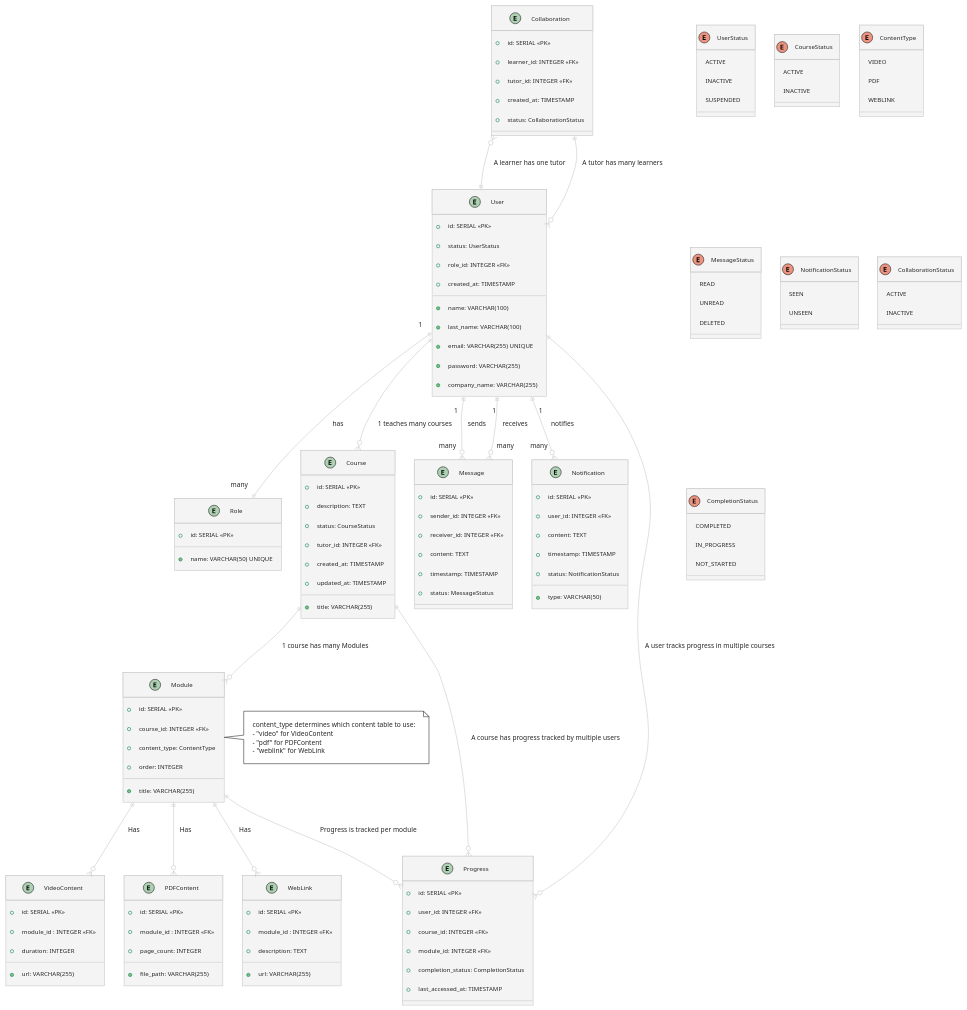
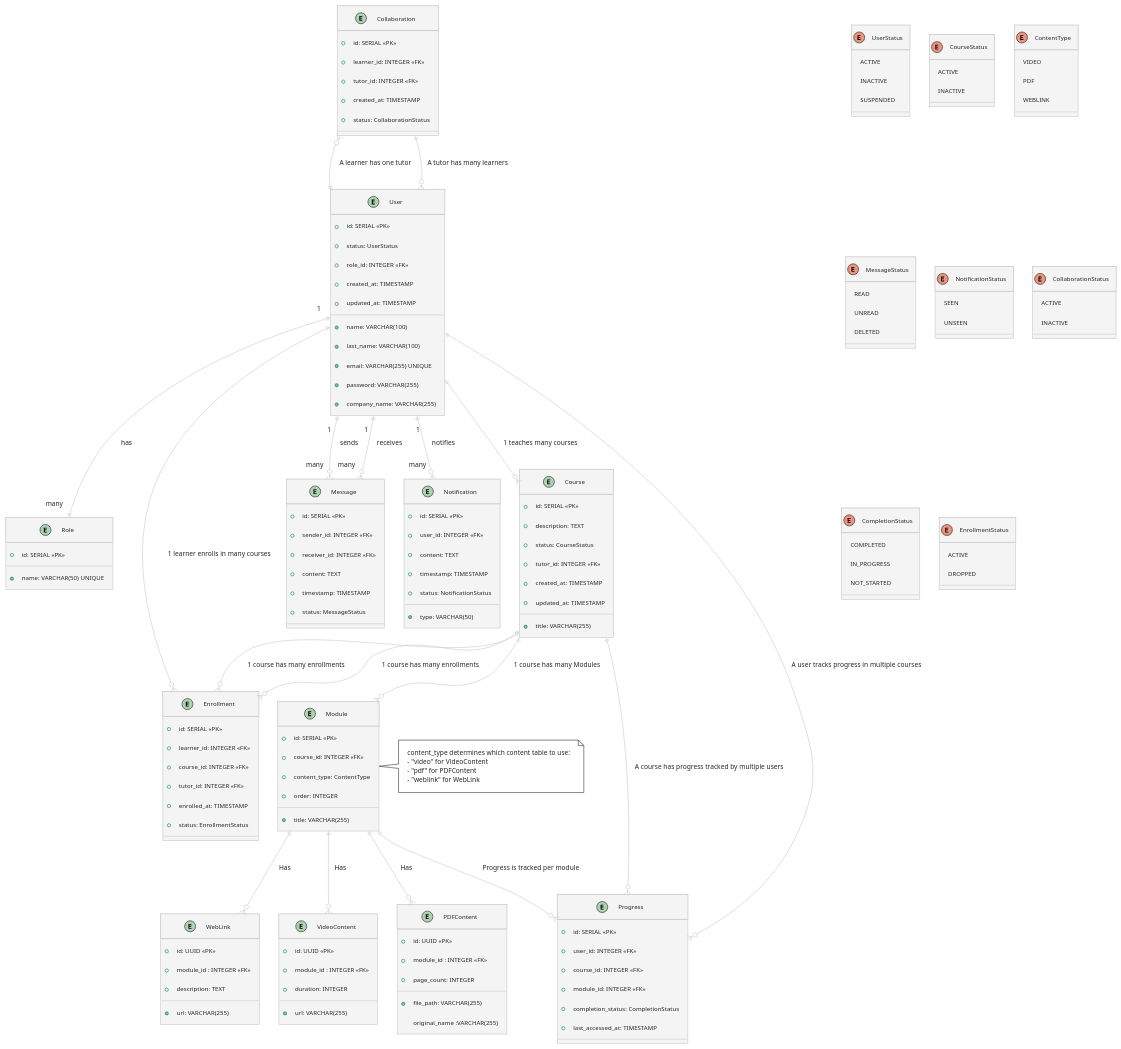
The diagram in UML/entity_relation_diagram.pu (Davidben75/Elearn_api), drawn with PlantUML before and after one commit. The commit also changed 4 other files, not shown here.

Commit message:
update diagramme

```diff
--- a/UML/entity_relation_diagram.pu
+++ b/UML/entity_relation_diagram.pu
@@ -1,160 +1,180 @@
 @startuml "Optimized PostgreSQL Schema with Content Type Association"
 !theme carbon-gray
 
 entity User {
   +id: SERIAL <<PK>>
   +name: VARCHAR(100)
   +last_name: VARCHAR(100)
   +email: VARCHAR(255) UNIQUE
   +password: VARCHAR(255)
   +status: UserStatus
   +company_name: VARCHAR(255)
   +role_id: INTEGER <<FK>>
   +created_at: TIMESTAMP
+  +updated_at: TIMESTAMP
 }
 
 entity Role {
   +id: SERIAL <<PK>>
   +name: VARCHAR(50) UNIQUE
 }
 
 entity Course {
   +id: SERIAL <<PK>>
   +title: VARCHAR(255)
   +description: TEXT
   +status: CourseStatus
   +tutor_id: INTEGER <<FK>>
   +created_at: TIMESTAMP
   +updated_at: TIMESTAMP
 }
 
 entity Module {
   +id: SERIAL <<PK>>
   +course_id: INTEGER <<FK>>
   +title: VARCHAR(255)
   +content_type: ContentType
   +order: INTEGER
 }
 
 entity VideoContent {
-  +id: SERIAL <<PK>>
+  +id: UUID <<PK>>
   +module_id : INTEGER <<FK>>
   +url: VARCHAR(255)
   +duration: INTEGER
 }
 
 entity PDFContent {
-  +id: SERIAL <<PK>>
+  +id: UUID <<PK>>
   +module_id : INTEGER <<FK>>
   +file_path: VARCHAR(255)
+  original_name :VARCHAR(255)
   +page_count: INTEGER
 }
 
 entity WebLink {
-  +id: SERIAL <<PK>>
+  +id: UUID <<PK>>
   +module_id : INTEGER <<FK>>
   +description: TEXT
   +url: VARCHAR(255)
 }
 
 entity Message {
   +id: SERIAL <<PK>>
   +sender_id: INTEGER <<FK>>
   +receiver_id: INTEGER <<FK>>
   +content: TEXT
   +timestamp: TIMESTAMP
   +status: MessageStatus
 }
 
 entity Notification {
   +id: SERIAL <<PK>>
   +user_id: INTEGER <<FK>>
   +content: TEXT
   +timestamp: TIMESTAMP
   +status: NotificationStatus
   +type: VARCHAR(50)
 }
 
 entity Collaboration {
   +id: SERIAL <<PK>>
   +learner_id: INTEGER <<FK>>
   +tutor_id: INTEGER <<FK>>
   +created_at: TIMESTAMP
   +status: CollaborationStatus
 }
 
 entity Progress {
   +id: SERIAL <<PK>>
   +user_id: INTEGER <<FK>>
   +course_id: INTEGER <<FK>>
   +module_id: INTEGER <<FK>>
   +completion_status: CompletionStatus
-  +last_accessed_at: TIMESTAMP 
+  +last_accessed_at: TIMESTAMP
+}
+
+entity Enrollment {
+  +id: SERIAL <<PK>>
+  +learner_id: INTEGER <<FK>>
+  +course_id: INTEGER <<FK>>
+  +tutor_id: INTEGER <<FK>>
+  +enrolled_at: TIMESTAMP
+  +status: EnrollmentStatus
 }
 
 enum UserStatus {
   ACTIVE
   INACTIVE
   SUSPENDED
 }
 
 enum CourseStatus {
   ACTIVE
   INACTIVE
 }
 
 enum ContentType {
   VIDEO
   PDF
   WEBLINK
 }
 
 enum MessageStatus {
   READ
   UNREAD
   DELETED
 }
 
 enum NotificationStatus {
   SEEN
   UNSEEN
 }
 
 enum CollaborationStatus {
   ACTIVE
   INACTIVE
 }
 
 enum CompletionStatus {
   COMPLETED
   IN_PROGRESS
   NOT_STARTED
 }
 
+enum EnrollmentStatus {
+  ACTIVE
+  DROPPED
+}
+
 User ||--o{ Progress : "A user tracks progress in multiple courses"
 Course ||--o{ Progress : "A course has progress tracked by multiple users"
 Module ||--o{ Progress : "Progress is tracked per module"
 
 User ||--|| Role : "1" has "many"
 User ||--o{ Message : "1" sends "many"
 User ||--o{ Message : "1" receives "many"
 User ||--o{ Notification : "1" notifies "many"
 User ||--o{ Course : "1 teaches many courses"
 
-Course ||--o{ Module : "1 course has many Modules" 
+Course ||--o{ Module : "1 course has many Modules"
+Course ||--o{ Enrollment : "1 course has many enrollments"
 
 Collaboration }o--|| User : "A learner has one tutor"
 Collaboration ||--o{ User : "A tutor has many learners"
 
 Module ||--o{ VideoContent : "Has"
 Module ||--o{ PDFContent : "Has"
 Module ||--o{ WebLink : "Has"
+
+User ||--o{ Enrollment : "1 learner enrolls in many courses"
+Course ||--o{ Enrollment : "1 course has many enrollments"
 
 note right of Module
 content_type determines which content table to use:
 - "video" for VideoContent
 - "pdf" for PDFContent
 - "weblink" for WebLink
 end note
 
 @enduml
```
